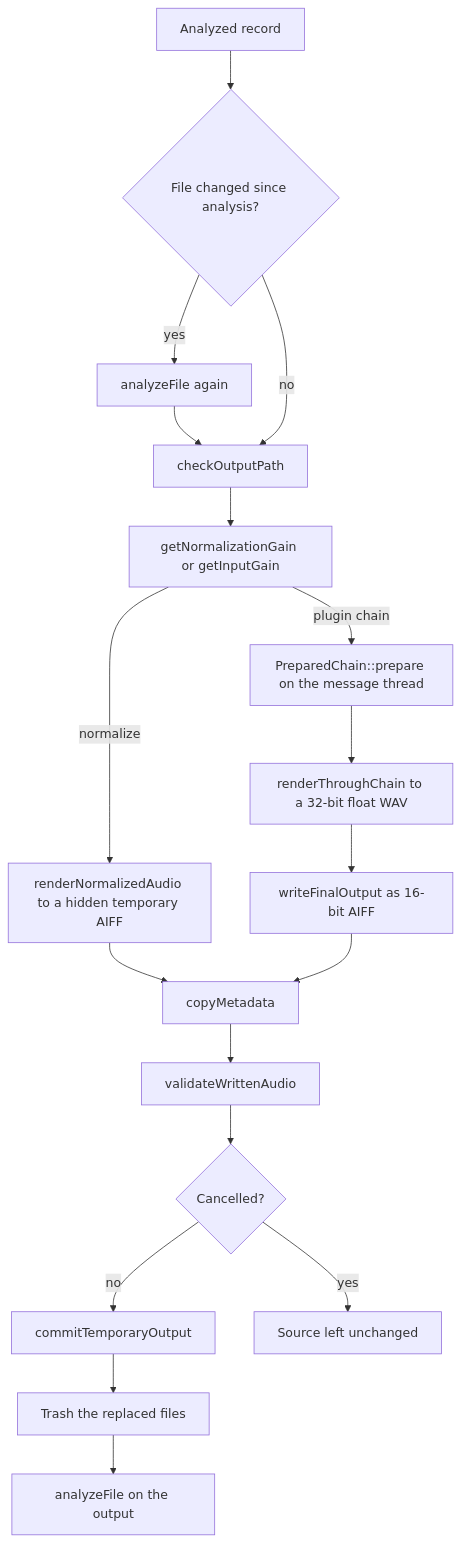
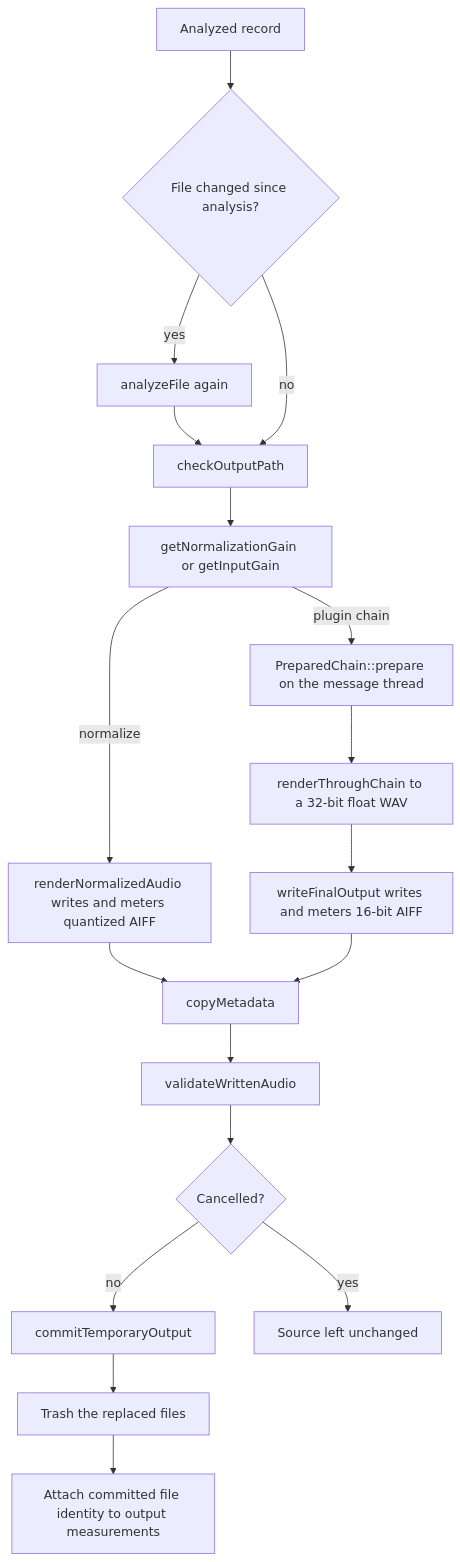
One commit to Esgrove/AudioBatch changed the fifth of 7 diagrams in cpp/ARCHITECTURE.md. Above: the diagram before and after it, drawn with Mermaid. The commit also changed other lines of this file and 18 other files, not shown here.

````diff
--- a/cpp/ARCHITECTURE.md
+++ b/cpp/ARCHITECTURE.md
@@ -253,29 +260,29 @@
 ```mermaid
 flowchart TD
     record["Analyzed record"]
     changed{"File changed since analysis?"}
     reanalyze["analyzeFile again"]
     outputCheck["checkOutputPath"]
     gain["getNormalizationGain or getInputGain"]
-    normalizeRender["renderNormalizedAudio to a hidden temporary AIFF"]
+    normalizeRender["renderNormalizedAudio writes and meters quantized AIFF"]
     prepare["PreparedChain::prepare on the message thread"]
     chainRender["renderThroughChain to a 32-bit float WAV"]
-    quantize["writeFinalOutput as 16-bit AIFF"]
+    quantize["writeFinalOutput writes and meters 16-bit AIFF"]
     metadata["copyMetadata"]
     validate["validateWrittenAudio"]
     cancelled{"Cancelled?"}
     commit["commitTemporaryOutput"]
     dispose["Trash the replaced files"]
-    analyze["analyzeFile on the output"]
+    analyze["Attach committed file identity to output measurements"]
     keep["Source left unchanged"]
 
     record --> changed
     changed -->|"yes"| reanalyze --> outputCheck
     changed -->|"no"| outputCheck
     outputCheck --> gain
     gain -->|"normalize"| normalizeRender --> metadata
     gain -->|"plugin chain"| prepare --> chainRender --> quantize --> metadata
     metadata --> validate --> cancelled
     cancelled -->|"no"| commit --> dispose --> analyze
     cancelled -->|"yes"| keep
 ```
````
